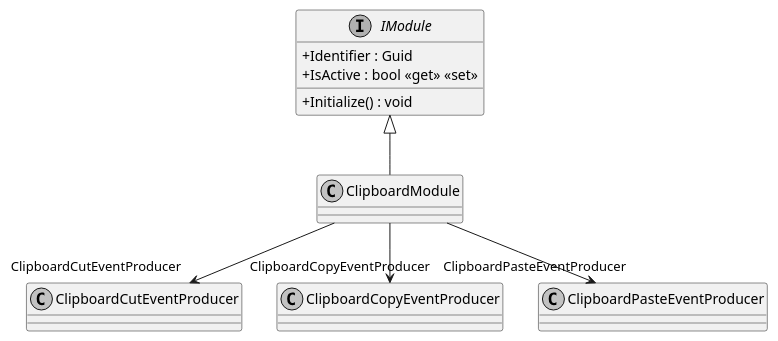
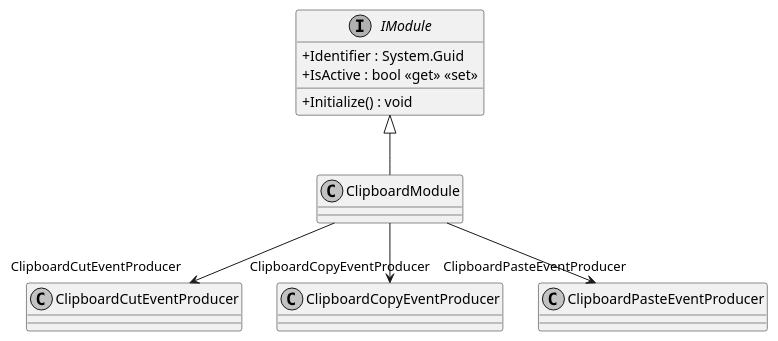
One commit to insightmind/MORR changed the diagram in documents/sd/plantuml/application/Modules/Clipboard/ClipboardModule.puml. Above: the diagram before and after it, drawn with PlantUML. The commit also changed 44 other files, not shown here.

```diff
--- a/documents/sd/plantuml/application/Modules/Clipboard/ClipboardModule.puml
+++ b/documents/sd/plantuml/application/Modules/Clipboard/ClipboardModule.puml
@@ -1,19 +1,19 @@
 @startuml
 skinparam monochrome true
 skinparam classAttributeIconSize 0
 
 class ClipboardModule {
 }
 
 
 interface IModule {
-    + Identifier : Guid
+    + Identifier : System.Guid
     + IsActive : bool <<get>> <<set>>
     + Initialize() : void
 }
 
 IModule <|-- ClipboardModule
 ClipboardModule --> "  ClipboardCutEventProducer" ClipboardCutEventProducer
 ClipboardModule --> "ClipboardCopyEventProducer" ClipboardCopyEventProducer
 ClipboardModule --> "   ClipboardPasteEventProducer" ClipboardPasteEventProducer
 @enduml
```
